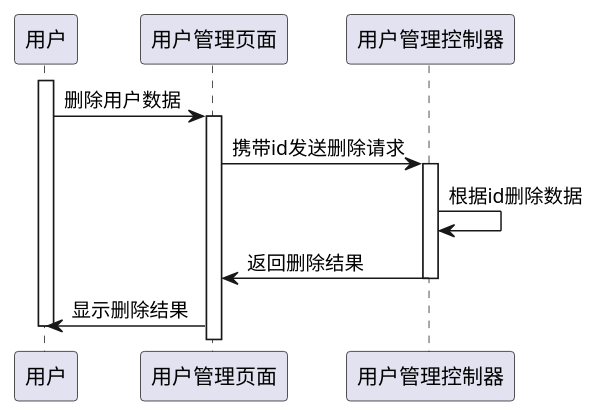
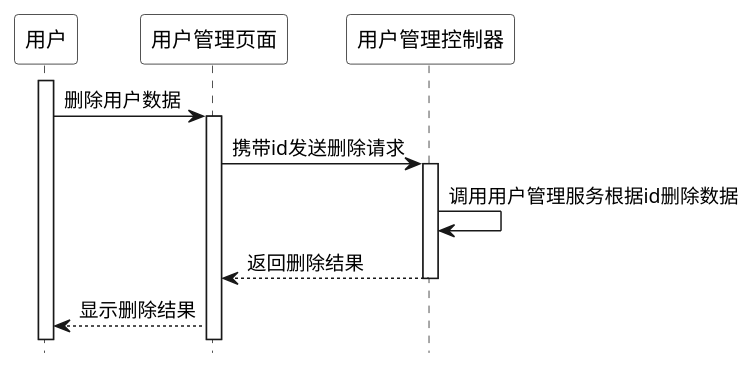
One commit to coderyjc/certificate_analysis changed the diagram in resouces/drawio/UML_Sequence/user/delete.puml. Above: the diagram before and after it, drawn with PlantUML. The commit also changed 12 other files, not shown here.

Commit message:
更新UML序列图

```diff
--- a/resouces/drawio/UML_Sequence/user/delete.puml
+++ b/resouces/drawio/UML_Sequence/user/delete.puml
@@ -1,23 +1,27 @@
 @startuml written_delete
+
+hide footbox
+skinparam sequence {
+  ParticipantBackgroundColor #ffffff
+  ParticipantFontColor #000000
+}
 
 participant 用户
 participant 用户管理页面
 participant 用户管理控制器
-
 
 activate 用户
 用户 -> 用户管理页面: 删除用户数据
 activate 用户管理页面
 
 用户管理页面 -> 用户管理控制器: 携带id发送删除请求
 activate 用户管理控制器
 
-用户管理控制器 -> 用户管理控制器: 根据id删除数据
+用户管理控制器 -> 用户管理控制器: 调用用户管理服务根据id删除数据
 
-用户管理控制器 -> 用户管理页面: 返回删除结果
+用户管理控制器 --> 用户管理页面: 返回删除结果
 deactivate 用户管理控制器
 
-用户管理页面 -> 用户: 显示删除结果
-deactivate 用户
+用户管理页面 --> 用户: 显示删除结果
 
 @enduml
```
